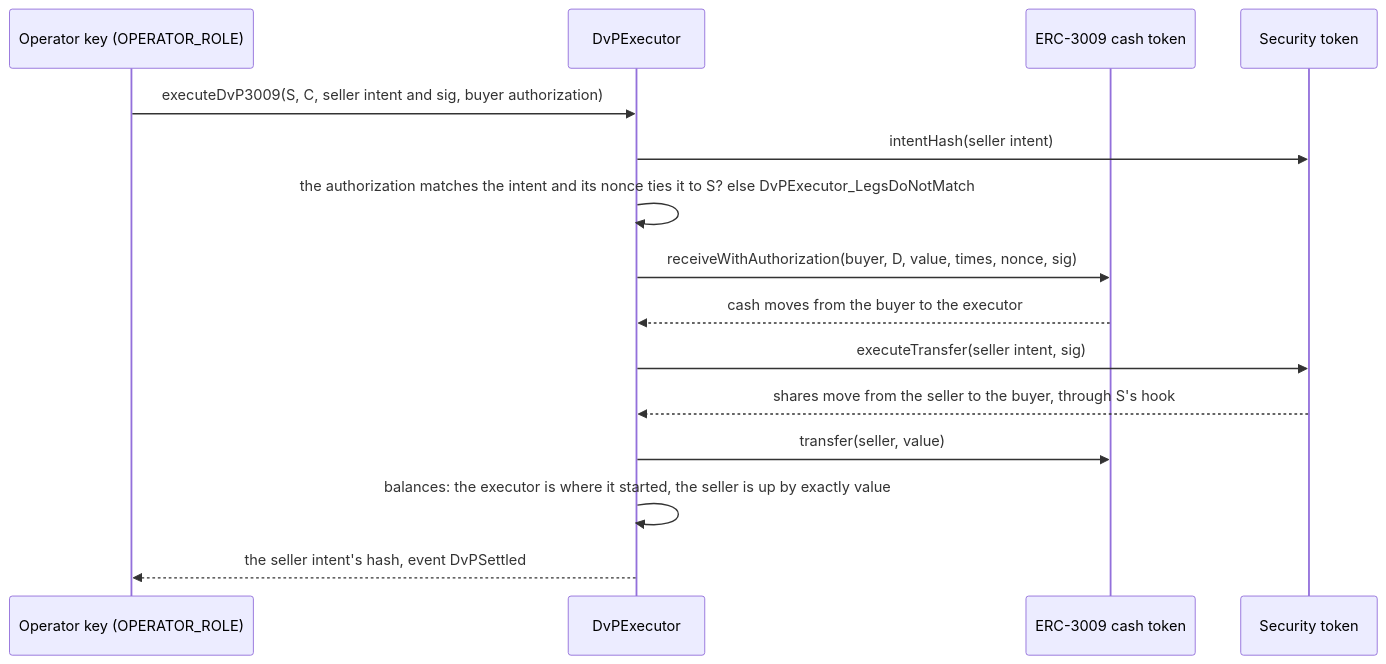
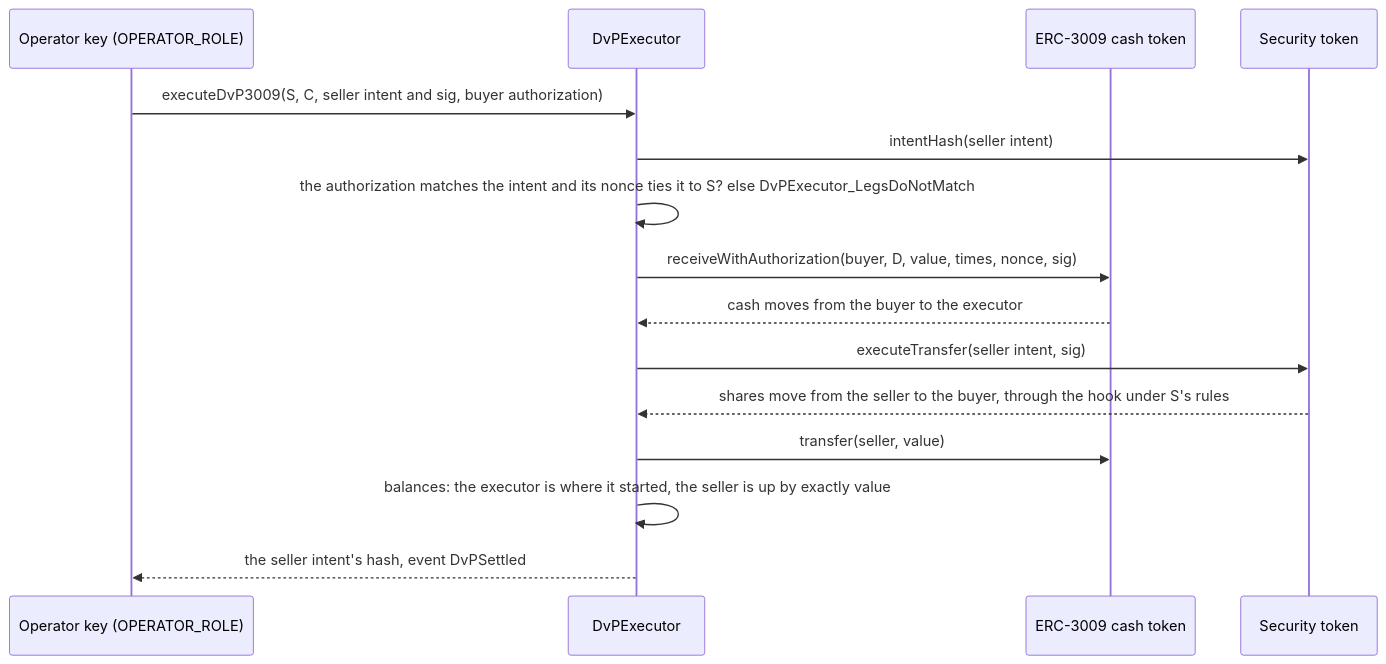
The second of 2 diagrams in docs/flows-dvp.md (fepvenancio/rwa-token), drawn with Mermaid before and after one commit. The commit also changed other lines of this file and 13 other files, not shown here.

````diff
--- a/docs/flows-dvp.md
+++ b/docs/flows-dvp.md
@@ -67,18 +67,18 @@
 ```mermaid
 sequenceDiagram
   participant Op as Operator key (OPERATOR_ROLE)
   participant D as DvPExecutor
   participant C as ERC-3009 cash token
   participant S as Security token
 
   Op->>D: executeDvP3009(S, C, seller intent and sig, buyer authorization)
   D->>S: intentHash(seller intent)
   D->>D: the authorization matches the intent and its nonce ties it to S? else DvPExecutor_LegsDoNotMatch
   D->>C: receiveWithAuthorization(buyer, D, value, times, nonce, sig)
   C-->>D: cash moves from the buyer to the executor
   D->>S: executeTransfer(seller intent, sig)
-  S-->>D: shares move from the seller to the buyer, through S's hook
+  S-->>D: shares move from the seller to the buyer, through the hook under S's rules
   D->>C: transfer(seller, value)
   D->>D: balances: the executor is where it started, the seller is up by exactly value
   D-->>Op: the seller intent's hash, event DvPSettled
 ```
````
